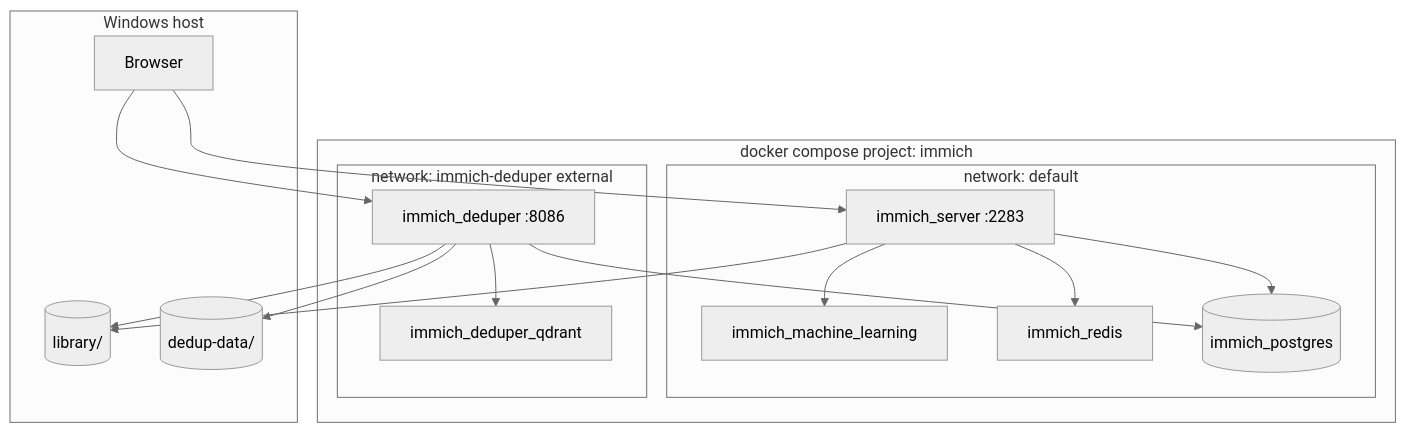
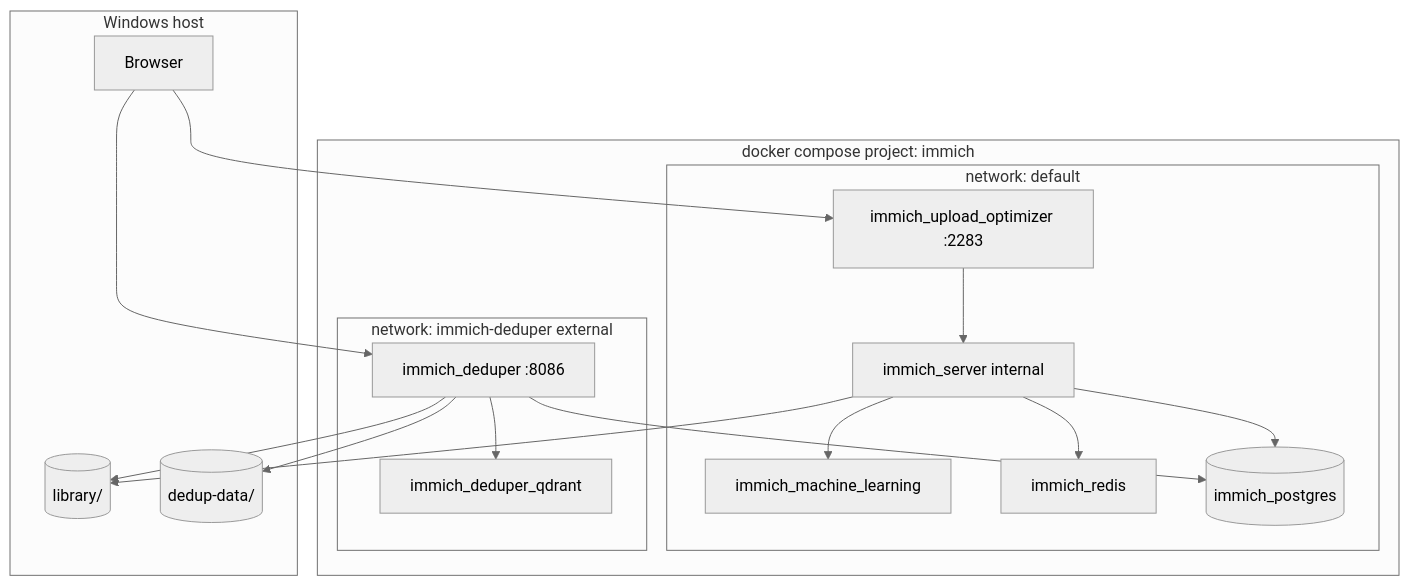
Before and after one commit to abdullahmiraz/immich-photo-manager: the diagram in docs/ARCHITECTURE.md, drawn with Mermaid (neutral theme). The commit also changed 9 other files, not shown here.

First line of the commit message:
Add upload optimizer and simplify one-command startup.

````diff
--- a/docs/ARCHITECTURE.md
+++ b/docs/ARCHITECTURE.md
@@ -5,33 +5,35 @@
 ```mermaid
 flowchart TB
   subgraph host [Windows host]
     Browser[Browser]
     Library[(library/)]
     DedupData[(dedup-data/)]
   end
 
   subgraph compose [docker compose project: immich]
     subgraph default_net [network: default]
-      Server[immich_server :2283]
+      Optimizer[immich_upload_optimizer :2283]
+      Server[immich_server internal]
       ML[immich_machine_learning]
       Redis[immich_redis]
       DB[(immich_postgres)]
     end
     subgraph dedup_net [network: immich-deduper external]
       Deduper[immich_deduper :8086]
       Qdrant[immich_deduper_qdrant]
       DB
     end
   end
 
-  Browser --> Server
+  Browser --> Optimizer
   Browser --> Deduper
+  Optimizer --> Server
   Server --> Redis
   Server --> ML
   Server --> DB
   Deduper --> Qdrant
   Deduper --> DB
   Server --> Library
   Deduper --> Library
   Deduper --> DedupData
 ```
````
